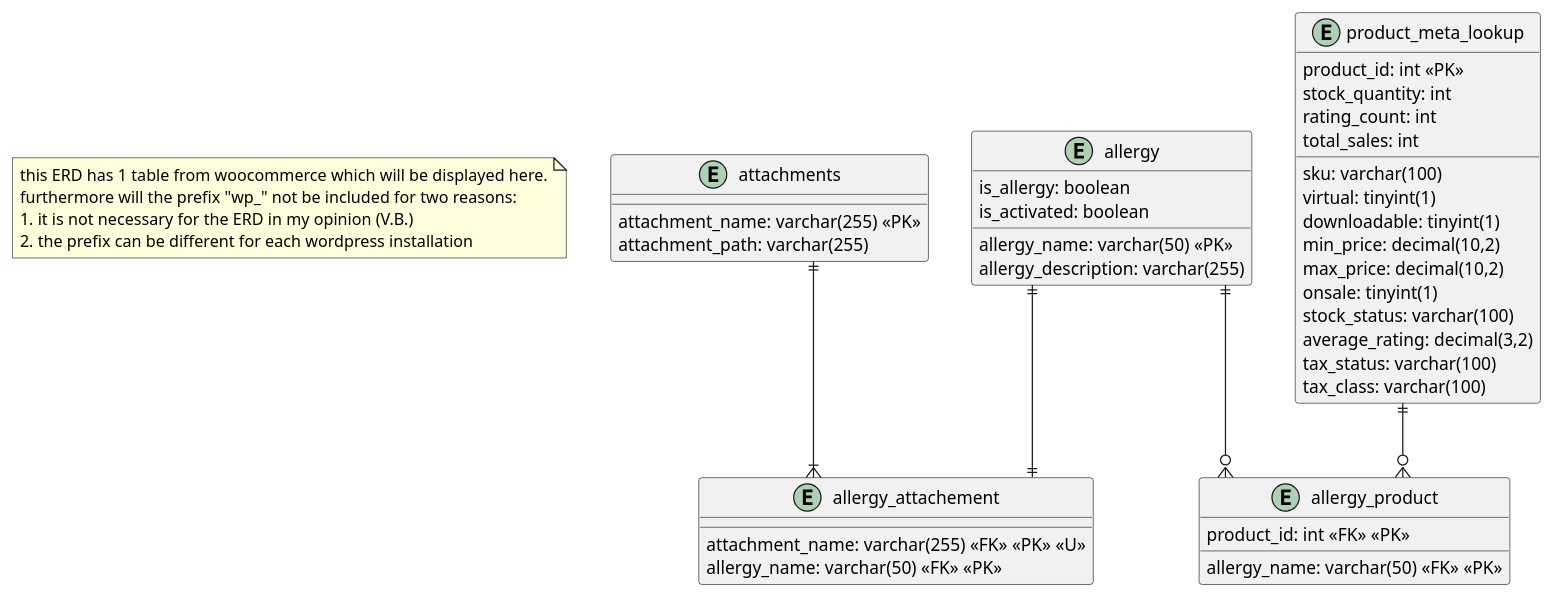
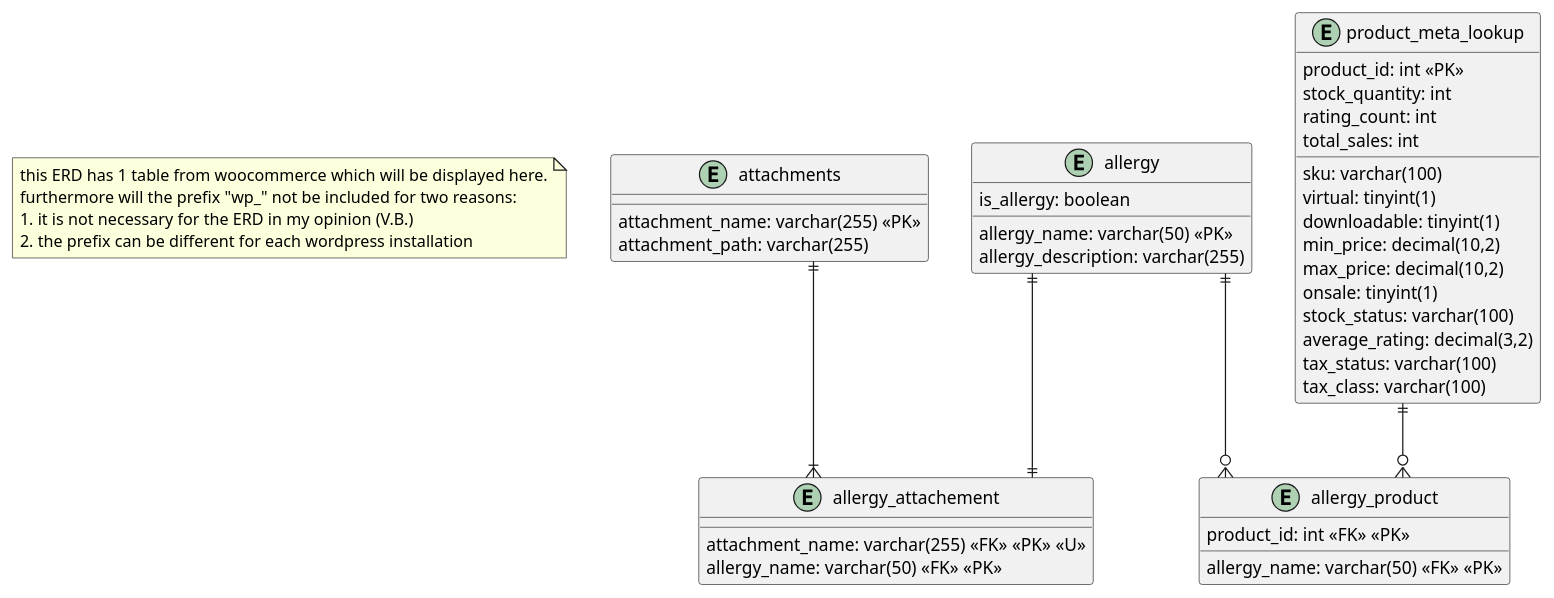
One commit to VerdiB/wp_allergenen_pro changed the diagram in UML/ERD.puml. Above: the diagram before and after it, drawn with PlantUML. The commit also changed 12 other files, not shown here.

```diff
--- a/UML/ERD.puml
+++ b/UML/ERD.puml
@@ -2,54 +2,53 @@
 @startuml db-design
 skinparam Linetype ortho
 note as N1
 this ERD has 1 table from woocommerce which will be displayed here.
 furthermore will the prefix "wp_" not be included for two reasons:
 1. it is not necessary for the ERD in my opinion (V.B.)
 2. the prefix can be different for each wordpress installation
 end note
 
 entity "allergy"{
    allergy_name: varchar(50) <<PK>>
    allergy_description: varchar(255)
    is_allergy: boolean   
-   is_activated: boolean
 }
 
 entity "attachments"{
     attachment_name: varchar(255) <<PK>>
     attachment_path: varchar(255)
 }
 
 entity "allergy_attachement"{
     attachment_name: varchar(255) <<FK>> <<PK>> <<U>>
     allergy_name: varchar(50) <<FK>> <<PK>>
 } 
 
 entity "allergy_product"{
    product_id: int <<FK>> <<PK>>
    allergy_name: varchar(50) <<FK>> <<PK>>
 }
 
 entity "product_meta_lookup"{
     product_id: int <<PK>>
     sku: varchar(100)
     virtual: tinyint(1)
     downloadable: tinyint(1)
     min_price: decimal(10,2)
     max_price: decimal(10,2)
     onsale: tinyint(1)
     stock_quantity: int
     stock_status: varchar(100)
     rating_count: int
     average_rating: decimal(3,2)
     total_sales: int
     tax_status: varchar(100)
     tax_class: varchar(100)
 }
 
 allergy ||--o{ allergy_product
 allergy ||--|| allergy_attachement
 attachments ||--|{ allergy_attachement
 product_meta_lookup ||--o{ allergy_product
 
 @enduml
```
